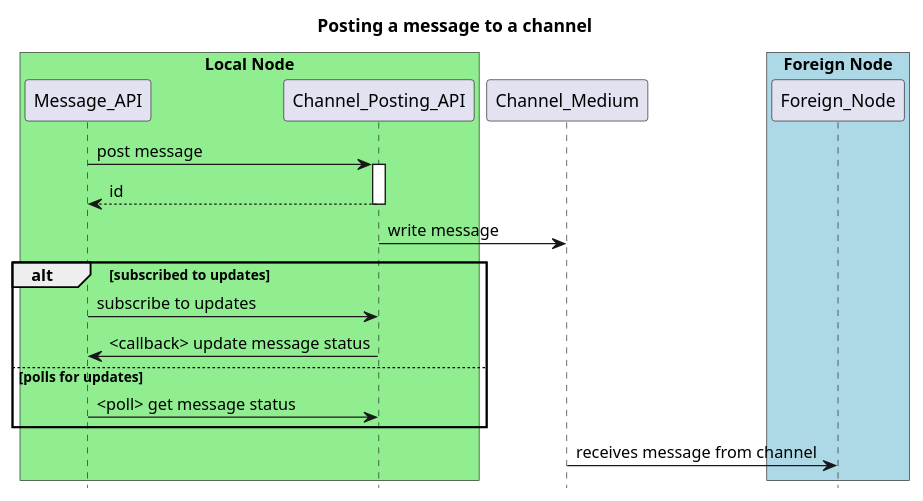
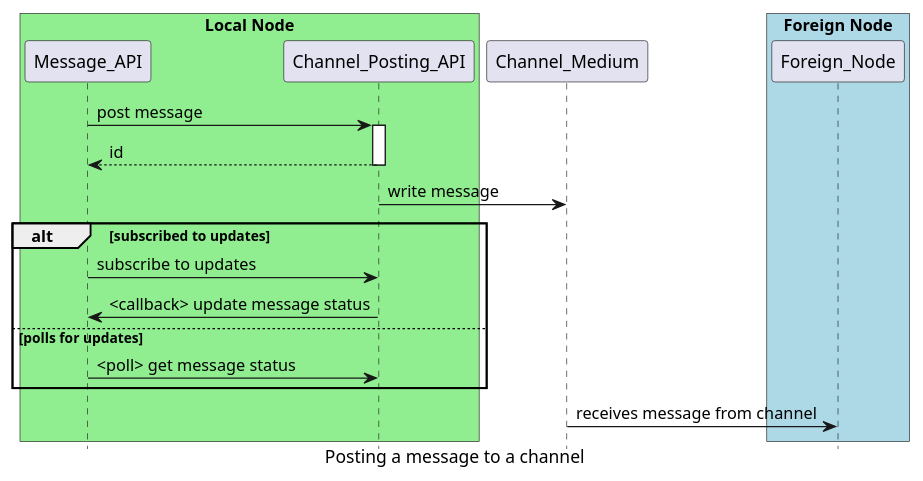
The second of 6 diagrams in docs/channel_api.rst (trustbridge/intergov), drawn with PlantUML before and after one commit. The commit also changed other lines of this file and 3 other files, not shown here.

Commit message:
Pushing mostly good doco about the channel api and removing other still WIP notes and diagrams

```diff
--- a/docs/channel_api.rst
+++ b/docs/channel_api.rst
@@ -95,28 +95,28 @@
 .. uml::
 
    @startuml
-   title Posting a message to a channel
+   caption Posting a message to a channel
    hide footbox
    
    box "Local Node" #LightGreen
        participant Message_API
        participant Channel_Posting_API
    end box
    participant Channel_Medium
    box "Foreign Node" #LightBlue
        participant Foreign_Node
    end box
    
    Message_API->Channel_Posting_API: post message
    activate Channel_Posting_API
    return id
 
    Channel_Posting_API->Channel_Medium: write message
    alt subscribed to updates
        Message_API->Channel_Posting_API: subscribe to updates
        Channel_Posting_API->Message_API: <callback> update message status
    else polls for updates
        Message_API->Channel_Posting_API: <poll> get message status
    end
    Channel_Medium->Foreign_Node: receives message from channel
    @enduml
```
